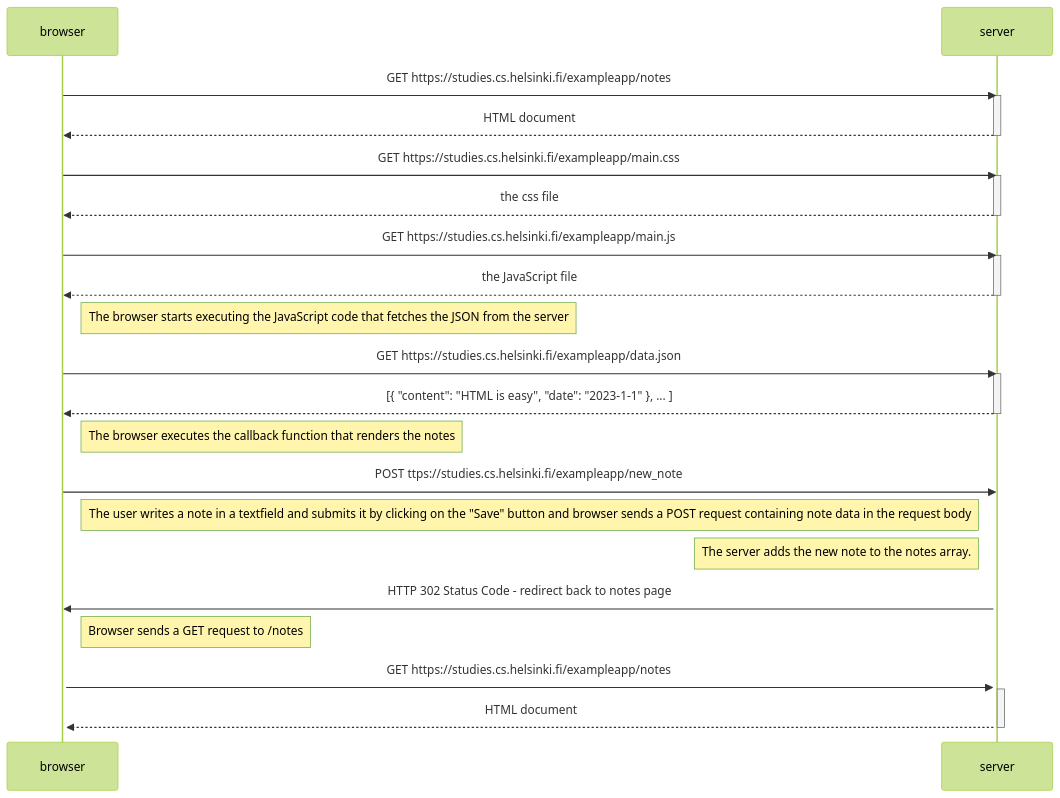
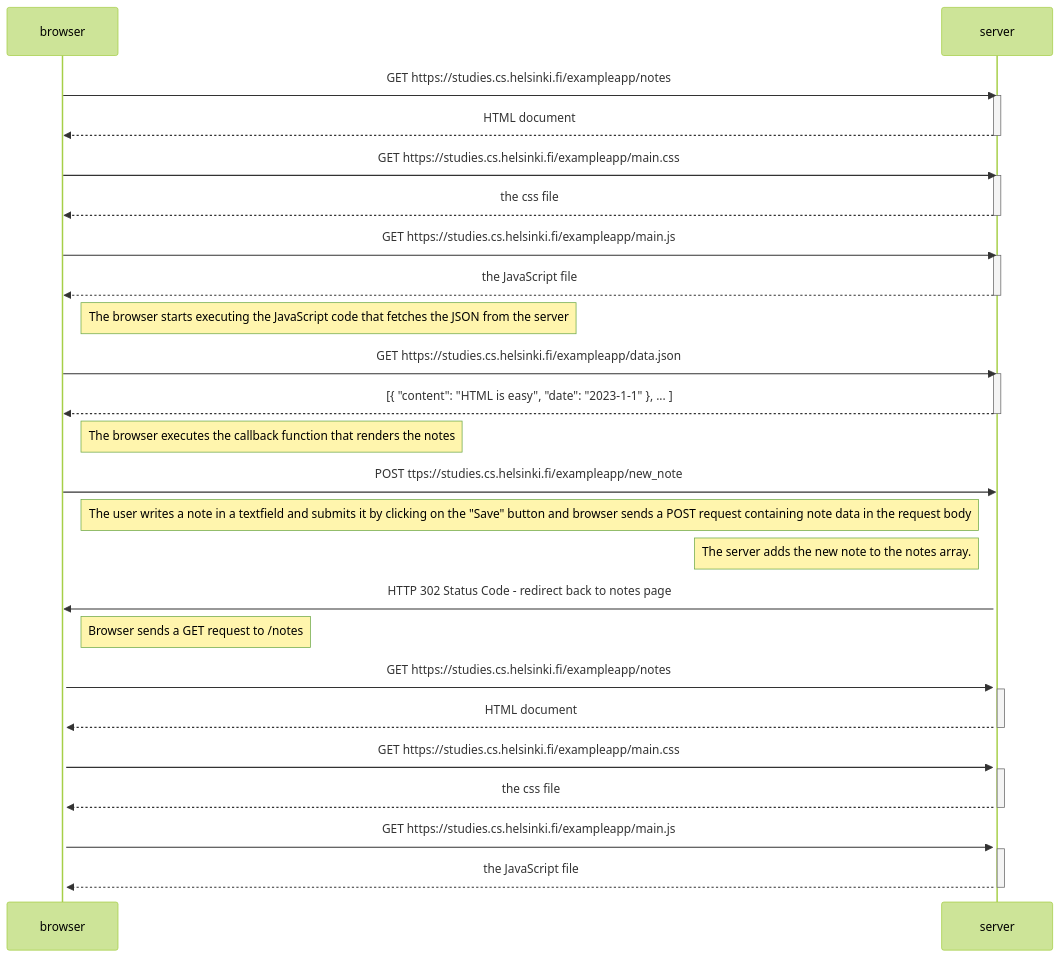
The diagram in part0/sequenceDiagram.md (anasommer/fullstackopen), drawn with Mermaid (forest theme) before and after one commit.

Commit message:
note sequence done

````diff
--- a/part0/sequenceDiagram.md
+++ b/part0/sequenceDiagram.md
@@ -1,47 +1,57 @@
 ```mermaid
 sequenceDiagram
     participant browser
     participant server
 
     browser->>server: GET https://studies.cs.helsinki.fi/exampleapp/notes
     activate server
     server-->>browser: HTML document
     deactivate server
 
     browser->>server: GET https://studies.cs.helsinki.fi/exampleapp/main.css
     activate server
     server-->>browser: the css file
     deactivate server
 
     browser->>server: GET https://studies.cs.helsinki.fi/exampleapp/main.js
     activate server
     server-->>browser: the JavaScript file
     deactivate server
 
     Note right of browser: The browser starts executing the JavaScript code that fetches the JSON from the server
 
     browser->>server: GET https://studies.cs.helsinki.fi/exampleapp/data.json
     activate server
     server-->>browser: [{ "content": "HTML is easy", "date": "2023-1-1" }, ... ]
     deactivate server
 
     Note right of browser: The browser executes the callback function that renders the notes
 
 
     browser->>server: POST ttps://studies.cs.helsinki.fi/exampleapp/new_note
     activate server
 
         Note right of browser: The user writes a note in a textfield and submits it by clicking on the "Save" button and browser sends a POST request containing note data in the request body
 
         Note left of server: The server adds the new note to the notes array.
 
     server->>browser: HTTP 302 Status Code - redirect back to notes page
     activate browser
 
  Note right of browser: Browser sends a GET request to /notes
 
   browser->>server: GET https://studies.cs.helsinki.fi/exampleapp/notes
     activate server
     server-->>browser: HTML document
     deactivate server
+
+    browser->>server: GET https://studies.cs.helsinki.fi/exampleapp/main.css
+    activate server
+    server-->>browser: the css file
+    deactivate server
+
+    browser->>server: GET https://studies.cs.helsinki.fi/exampleapp/main.js
+    activate server
+    server-->>browser: the JavaScript file
+    deactivate server
 ```
````
